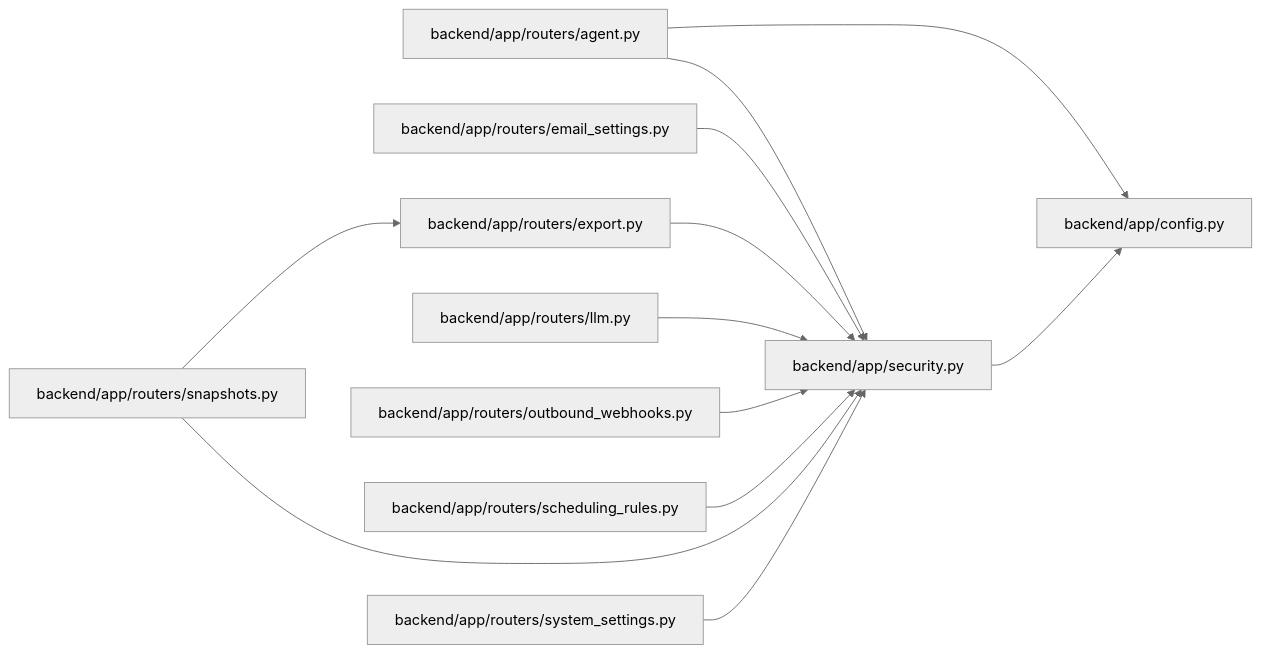
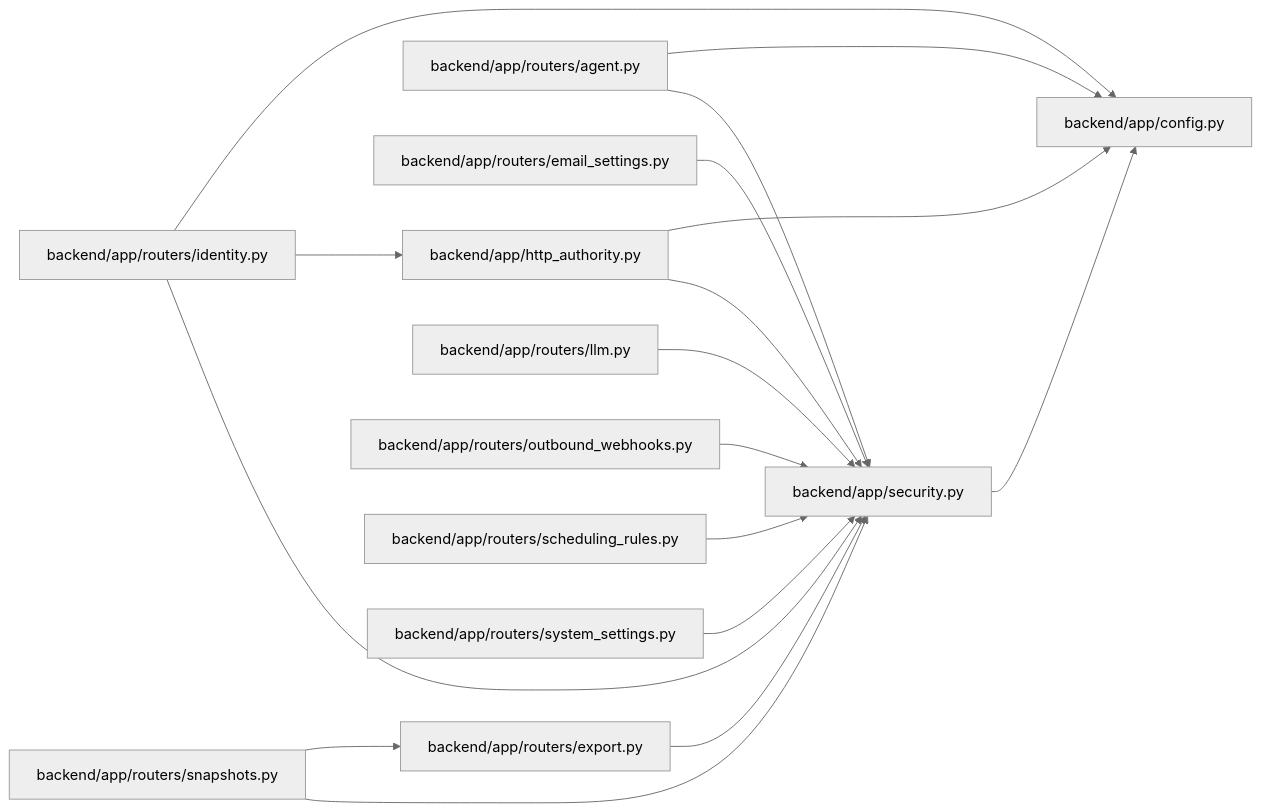
The diagram in docs/llm_wiki/modules/security.md (Denissvgn/WorkChord), drawn with Mermaid (neutral theme) before and after one commit. The commit also changed other lines of this file and 958 other files, not shown here.

First line of the commit message:
docs(wiki): refresh identity and recovery architecture

````diff
--- a/docs/llm_wiki/modules/security.md
+++ b/docs/llm_wiki/modules/security.md
@@ -21,34 +21,43 @@
 ```mermaid
 flowchart LR
     n0["backend/app/config.py"]
-    n1["backend/app/routers/agent.py"]
-    n2["backend/app/routers/email_settings.py"]
-    n3["backend/app/routers/export.py"]
-    n4["backend/app/routers/llm.py"]
-    n5["backend/app/routers/outbound_webhooks.py"]
-    n6["backend/app/routers/scheduling_rules.py"]
-    n7["backend/app/routers/snapshots.py"]
-    n8["backend/app/routers/system_settings.py"]
-    n9["backend/app/security.py"]
+    n1["backend/app/http_authority.py"]
+    n2["backend/app/routers/agent.py"]
+    n3["backend/app/routers/email_settings.py"]
+    n4["backend/app/routers/export.py"]
+    n5["backend/app/routers/identity.py"]
+    n6["backend/app/routers/llm.py"]
+    n7["backend/app/routers/outbound_webhooks.py"]
+    n8["backend/app/routers/scheduling_rules.py"]
+    n9["backend/app/routers/snapshots.py"]
+    n10["backend/app/routers/system_settings.py"]
+    n11["backend/app/security.py"]
     n1 --> n0
-    n1 --> n9
-    n2 --> n9
-    n3 --> n9
-    n4 --> n9
-    n5 --> n9
-    n6 --> n9
-    n7 --> n3
-    n7 --> n9
-    n8 --> n9
-    n9 --> n0
+    n1 --> n11
+    n2 --> n0
+    n2 --> n11
+    n3 --> n11
+    n4 --> n11
+    n5 --> n0
+    n5 --> n1
+    n5 --> n11
+    n6 --> n11
+    n7 --> n11
+    n8 --> n11
+    n9 --> n4
+    n9 --> n11
+    n10 --> n11
+    n11 --> n0
     click n0 "../modules/config.md"
-    click n1 "../modules/routers_agent.md"
-    click n2 "../modules/routers_email_settings.md"
-    click n3 "../modules/export.md"
-    click n4 "../modules/routers_llm.md"
-    click n5 "../modules/outbound_webhooks.md"
-    click n6 "../modules/routers_scheduling_rules.md"
-    click n7 "../modules/snapshots.md"
-    click n8 "../modules/routers_system_settings.md"
-    click n9 "../modules/security.md"
+    click n1 "../modules/http_authority.md"
+    click n2 "../modules/routers_agent.md"
+    click n3 "../modules/routers_email_settings.md"
+    click n4 "../modules/export.md"
+    click n5 "../modules/routers_identity.md"
+    click n6 "../modules/routers_llm.md"
+    click n7 "../modules/outbound_webhooks.md"
+    click n8 "../modules/routers_scheduling_rules.md"
+    click n9 "../modules/snapshots.md"
+    click n10 "../modules/routers_system_settings.md"
+    click n11 "../modules/security.md"
 ```
````
